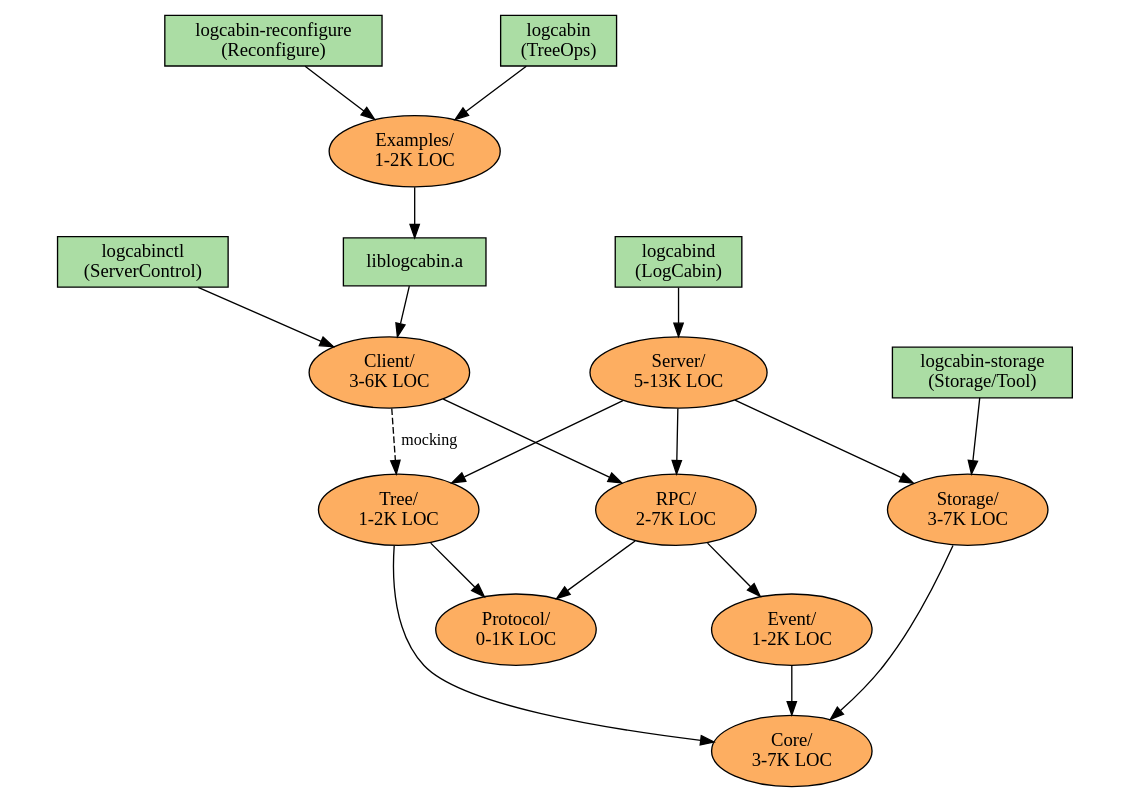
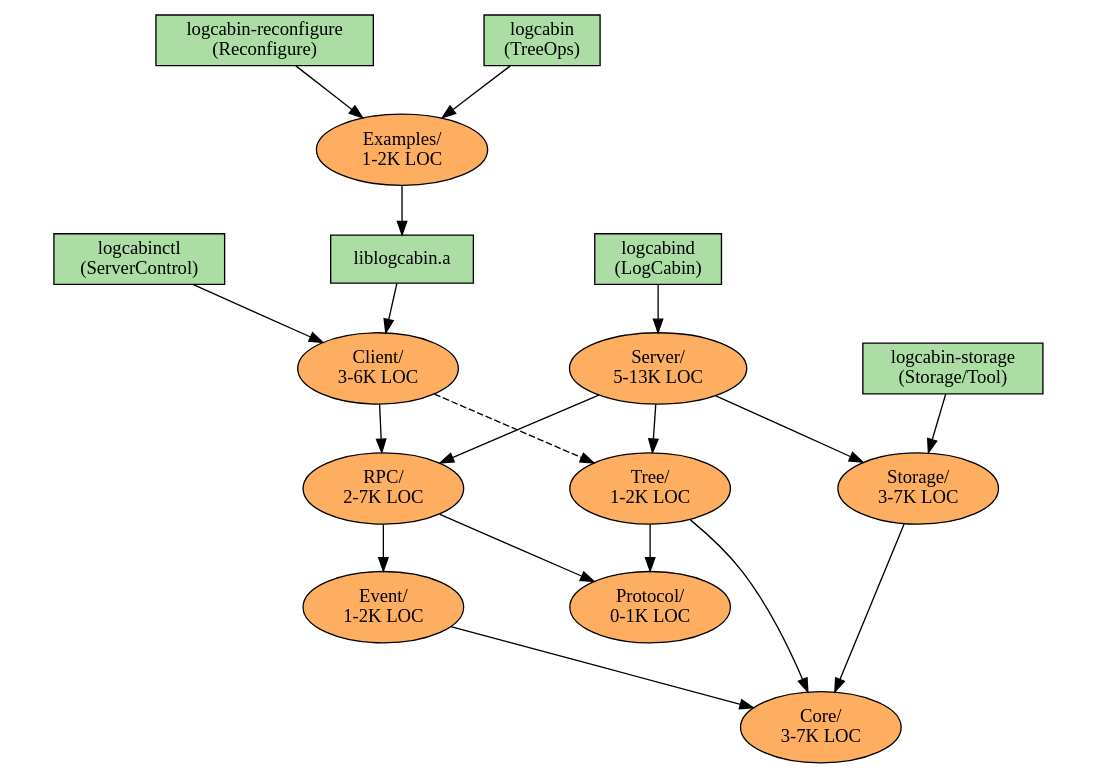
Before and after one commit to Sonam1999/logcabin-talk: the diagram in directories.dot, drawn with Graphviz. The commit also changed 1 other file, not shown here.

```diff
--- a/directories.dot
+++ b/directories.dot
@@ -1,51 +1,51 @@
 digraph dependencies {
 
 ratio=.7;
 fontname="Mono";
 
 // Directories
 // LOC are "total" and "SLOC for non-test files" according to
 // logcabin/scripts/loc.sh, last updated 2015-07-17
 node [shape="ellipse", style="filled", fillcolor="#fdae61"];
 Client [label="Client/\n3-6K LOC"];
 Core [label="Core/\n3-7K LOC"];
 Event [label="Event/\n1-2K LOC"];
 Examples [label="Examples/\n1-2K LOC"];
 Protocol [label="Protocol/\n0-1K LOC"];
 RPC [label="RPC/\n2-7K LOC"];
 Server [label="Server/\n5-13K LOC"];
 Storage [label="Storage/\n3-7K LOC"];
 Tree [label="Tree/\n1-2K LOC"];
 
 // Binaries
 node [shape="box", style="filled", fillcolor="#abdda4"];
 ClientLib [label="liblogcabin.a"];
 Main [label="logcabind\n(LogCabin)"];
 Reconfigure [label="logcabin-reconfigure\n(Reconfigure)"];
 ServerControl [label="logcabinctl\n(ServerControl)"];
 StorageTool [label="logcabin-storage\n(Storage/Tool)"];
 TreeOps [label="logcabin\n(TreeOps)"];
 
 // Dependencies
 Client -> RPC;
-Client -> Tree [label="mocking", style="dashed", weight=.5, fontsize=12];
+Client -> Tree [style="dashed", weight=.5];
 Event -> Core;
 Examples -> ClientLib;
 RPC -> Event;
 RPC -> Protocol;
 Server -> RPC;
 Server -> Storage;
 Server -> Tree;
 Storage -> Core;
 Tree -> Core;
 Tree -> Protocol;
 
 // Binary locations
 ClientLib -> Client;
 Main -> Server;
 Reconfigure -> Examples;
 ServerControl -> Client;
 StorageTool -> Storage;
 TreeOps -> Examples;
 
 }
```
